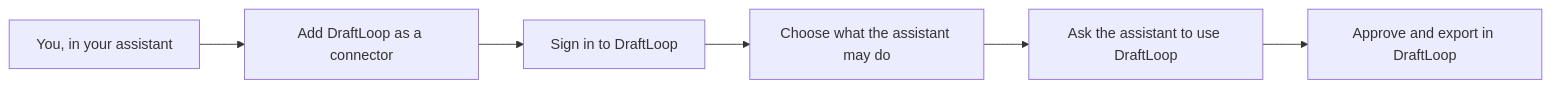
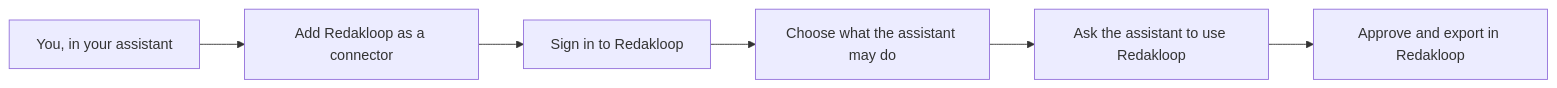
The diagram in docs/reference/connect-an-assistant.md (akoita/draft-loop), drawn with Mermaid before and after one commit. The commit also changed other lines of this file and 319 other files, not shown here.

````diff
--- a/docs/reference/connect-an-assistant.md
+++ b/docs/reference/connect-an-assistant.md
@@ -14,8 +14,8 @@
 ```mermaid
 flowchart LR
-  you[You, in your assistant] --> add[Add DraftLoop as a connector]
-  add --> sign[Sign in to DraftLoop]
+  you[You, in your assistant] --> add[Add Redakloop as a connector]
+  add --> sign[Sign in to Redakloop]
   sign --> grant[Choose what the assistant may do]
-  grant --> use[Ask the assistant to use DraftLoop]
-  use --> decide[Approve and export in DraftLoop]
+  grant --> use[Ask the assistant to use Redakloop]
+  use --> decide[Approve and export in Redakloop]
 ```
````
